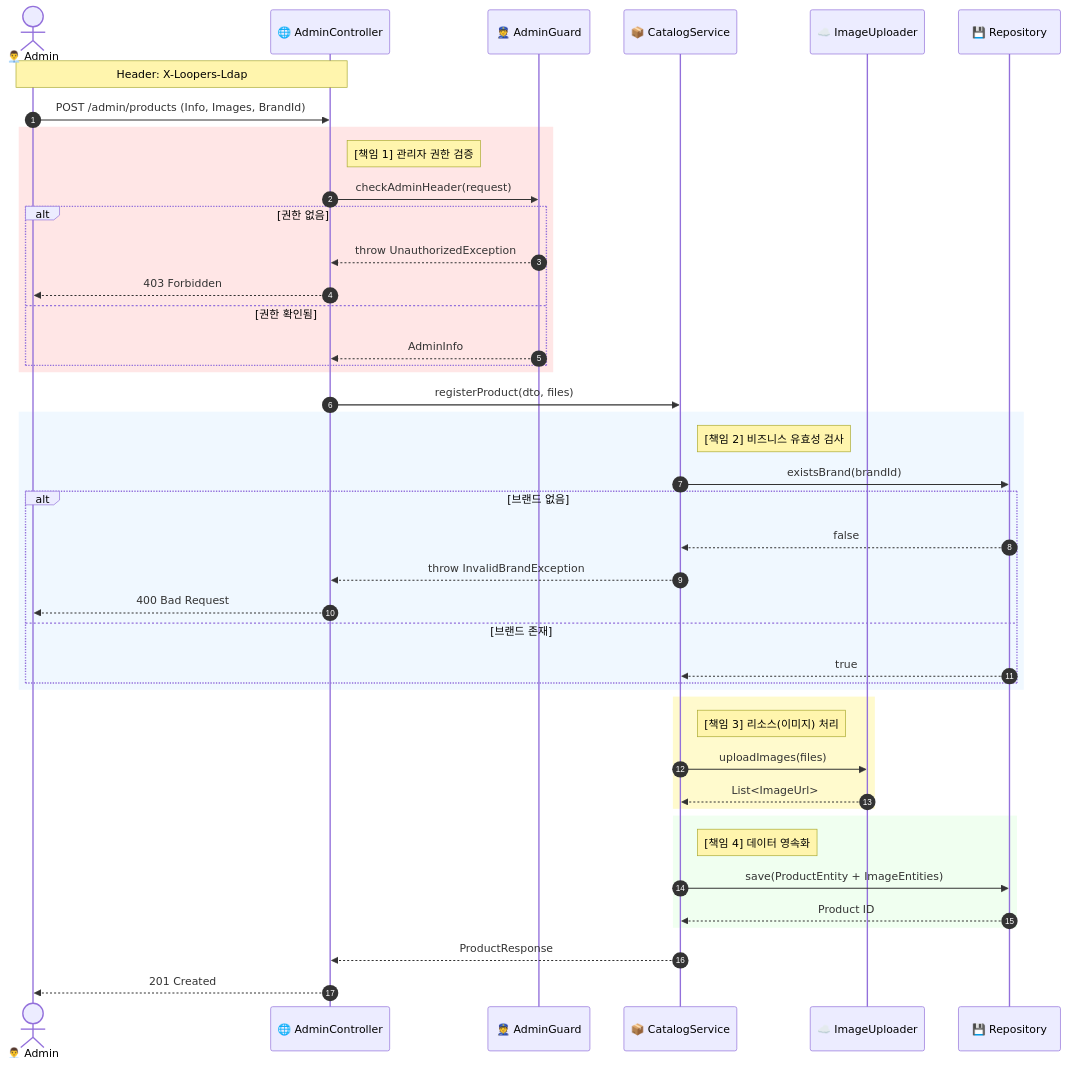
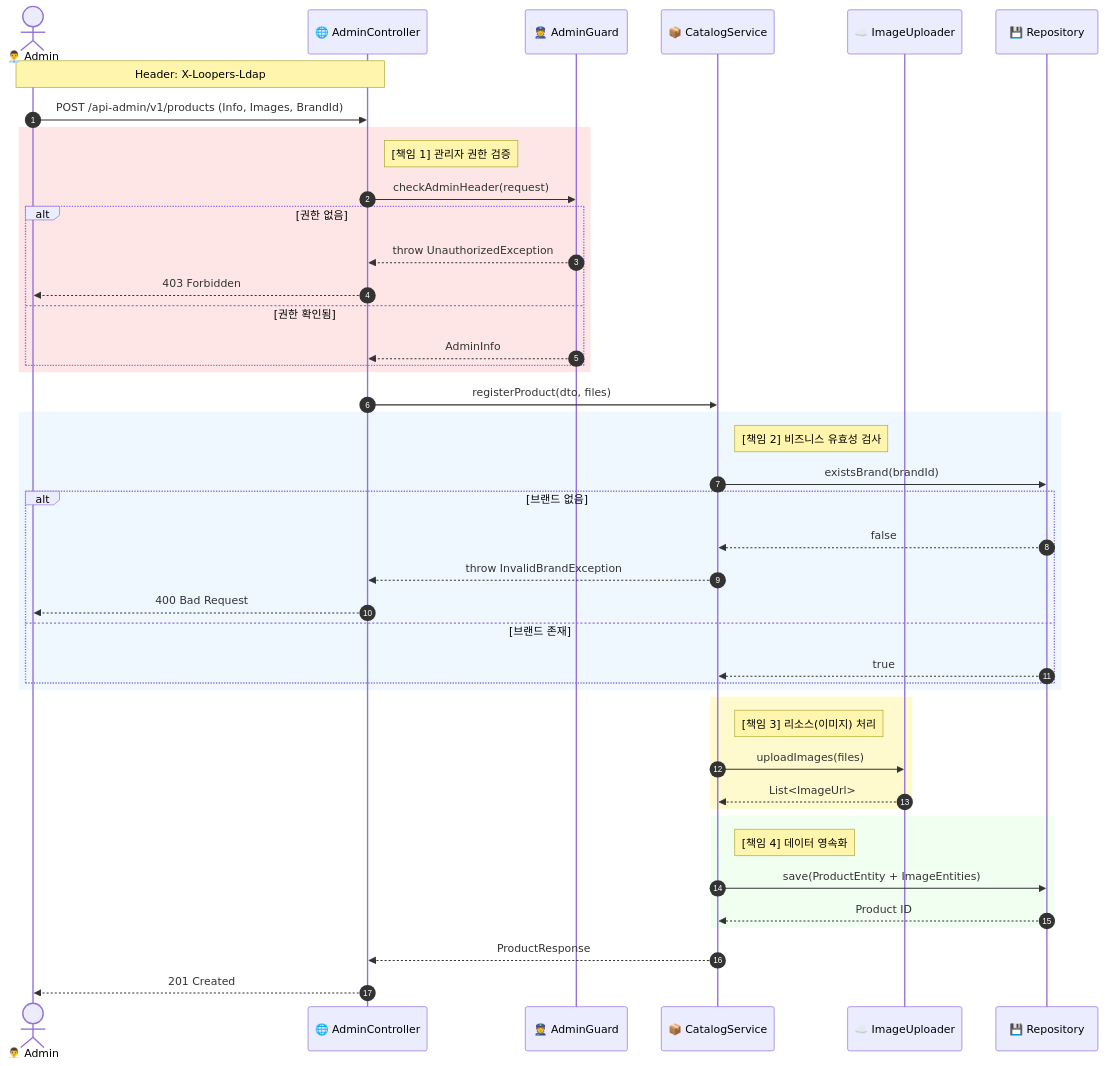
The fifth of 10 diagrams in .docs/design/02-sequence-diagrams.md (ukukdin/loop-pack-be-l2-vol3-java), drawn with Mermaid before and after one commit. The commit also changed other lines of this file and 1 other file, not shown here.

Commit message:
refactor : 시퀀스 수정 및 erd 추가

````diff
--- a/.docs/design/02-sequence-diagrams.md
+++ b/.docs/design/02-sequence-diagrams.md
@@ -266,54 +267,54 @@
 ```mermaid
 sequenceDiagram
     autonumber
     actor Admin as 👨‍💼 Admin
     participant API as 🌐 AdminController
     participant Guard as 👮 AdminGuard
     participant Service as 📦 CatalogService
     participant Uploader as ☁️ ImageUploader
     participant DB as 💾 Repository
 
     Note over Admin, API: Header: X-Loopers-Ldap
 
-    Admin->>API: POST /admin/products (Info, Images, BrandId)
+    Admin->>API: POST /api-admin/v1/products (Info, Images, BrandId)
 
     rect rgb(255, 230, 230)
         Note right of API: [책임 1] 관리자 권한 검증
         API->>Guard: checkAdminHeader(request)
         alt 권한 없음
             Guard-->>API: throw UnauthorizedException
             API-->>Admin: 403 Forbidden
         else 권한 확인됨
             Guard-->>API: AdminInfo
         end
     end
 
     API->>Service: registerProduct(dto, files)
 
     rect rgb(240, 248, 255)
         Note right of Service: [책임 2] 비즈니스 유효성 검사
         Service->>DB: existsBrand(brandId)
         alt 브랜드 없음
             DB-->>Service: false
             Service-->>API: throw InvalidBrandException
             API-->>Admin: 400 Bad Request
         else 브랜드 존재
             DB-->>Service: true
         end
     end
 
     rect rgb(255, 250, 205)
         Note right of Service: [책임 3] 리소스(이미지) 처리
         Service->>Uploader: uploadImages(files)
         Uploader-->>Service: List<ImageUrl>
     end
 
     rect rgb(240, 255, 240)
         Note right of Service: [책임 4] 데이터 영속화
         Service->>DB: save(ProductEntity + ImageEntities)
         DB-->>Service: Product ID
     end
 
     Service-->>API: ProductResponse
     API-->>Admin: 201 Created
 ```
````
